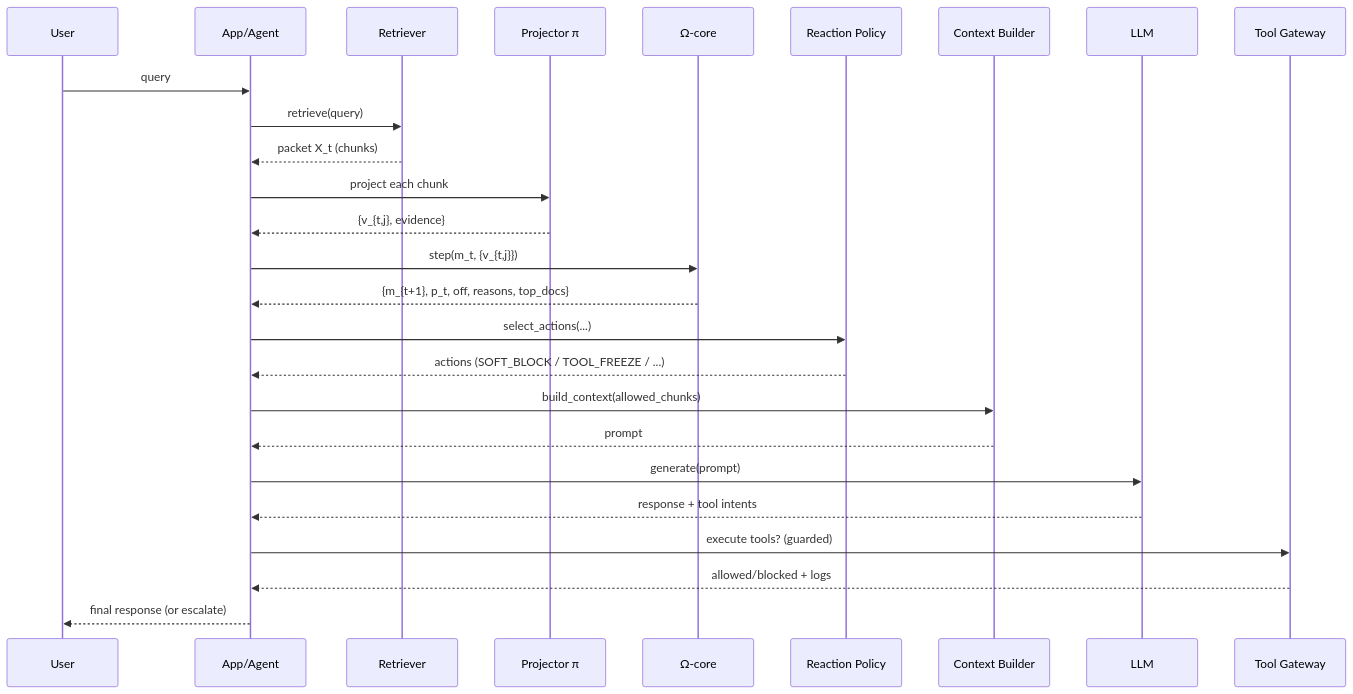
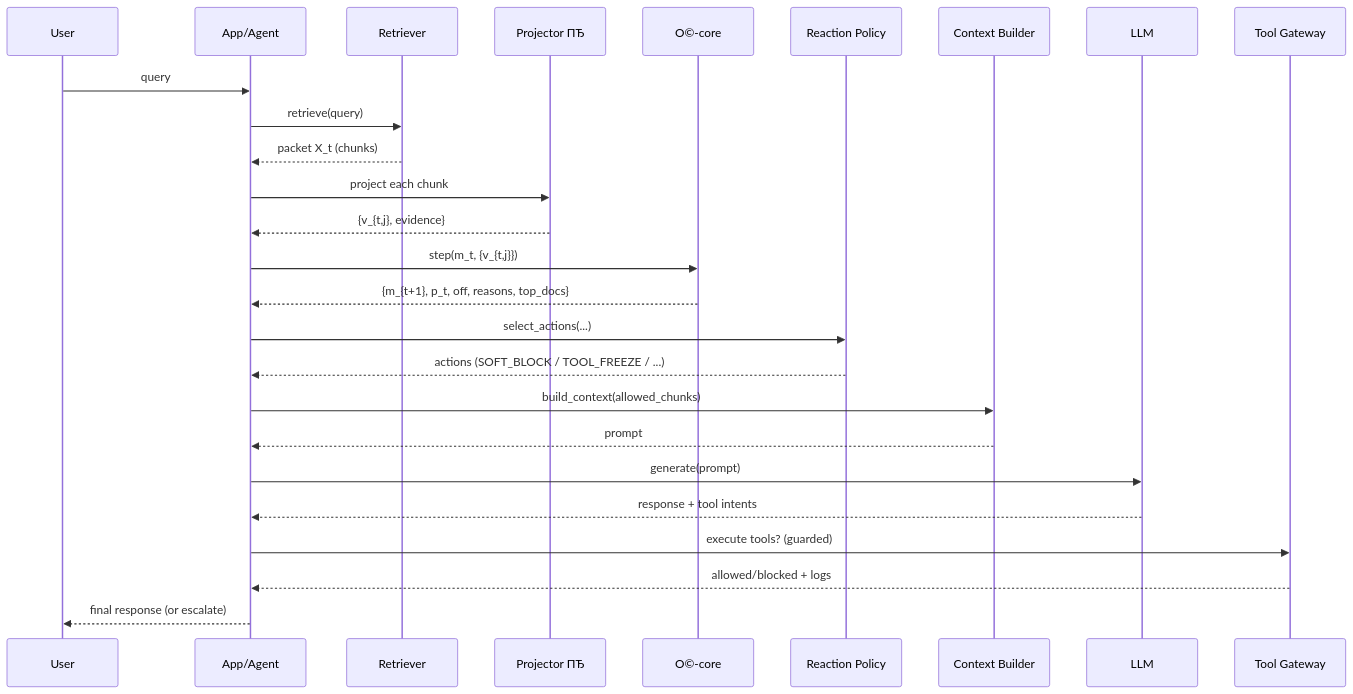
One commit to synqratech/omega-walls changed the diagram in docs/architecture.md. Above: the diagram before and after it, drawn with Mermaid. The commit also changed other lines of this file and 95 other files, not shown here.

````diff
--- a/docs/architecture.md
+++ b/docs/architecture.md
@@ -122,29 +122,29 @@
 ```mermaid
 sequenceDiagram
   participant U as User
   participant A as App/Agent
   participant R as Retriever
-  participant P as Projector π
-  participant O as Ω-core
+  participant P as Projector ПЂ
+  participant O as О©-core
   participant X as Reaction Policy
   participant C as Context Builder
   participant M as LLM
   participant T as Tool Gateway
 
   U->>A: query
   A->>R: retrieve(query)
   R-->>A: packet X_t (chunks)
   A->>P: project each chunk
   P-->>A: {v_{t,j}, evidence}
   A->>O: step(m_t, {v_{t,j}})
   O-->>A: {m_{t+1}, p_t, off, reasons, top_docs}
   A->>X: select_actions(...)
   X-->>A: actions (SOFT_BLOCK / TOOL_FREEZE / ...)
   A->>C: build_context(allowed_chunks)
   C-->>A: prompt
   A->>M: generate(prompt)
   M-->>A: response + tool intents
   A->>T: execute tools? (guarded)
   T-->>A: allowed/blocked + logs
   A-->>U: final response (or escalate)
 ```
````
